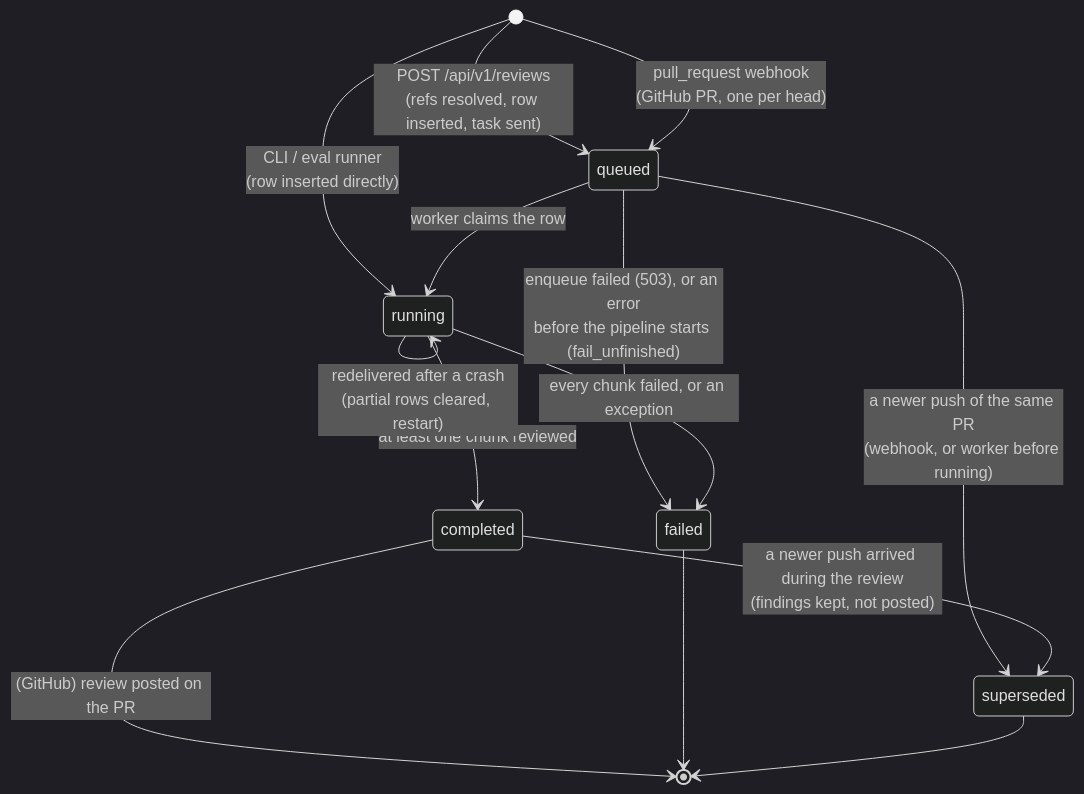
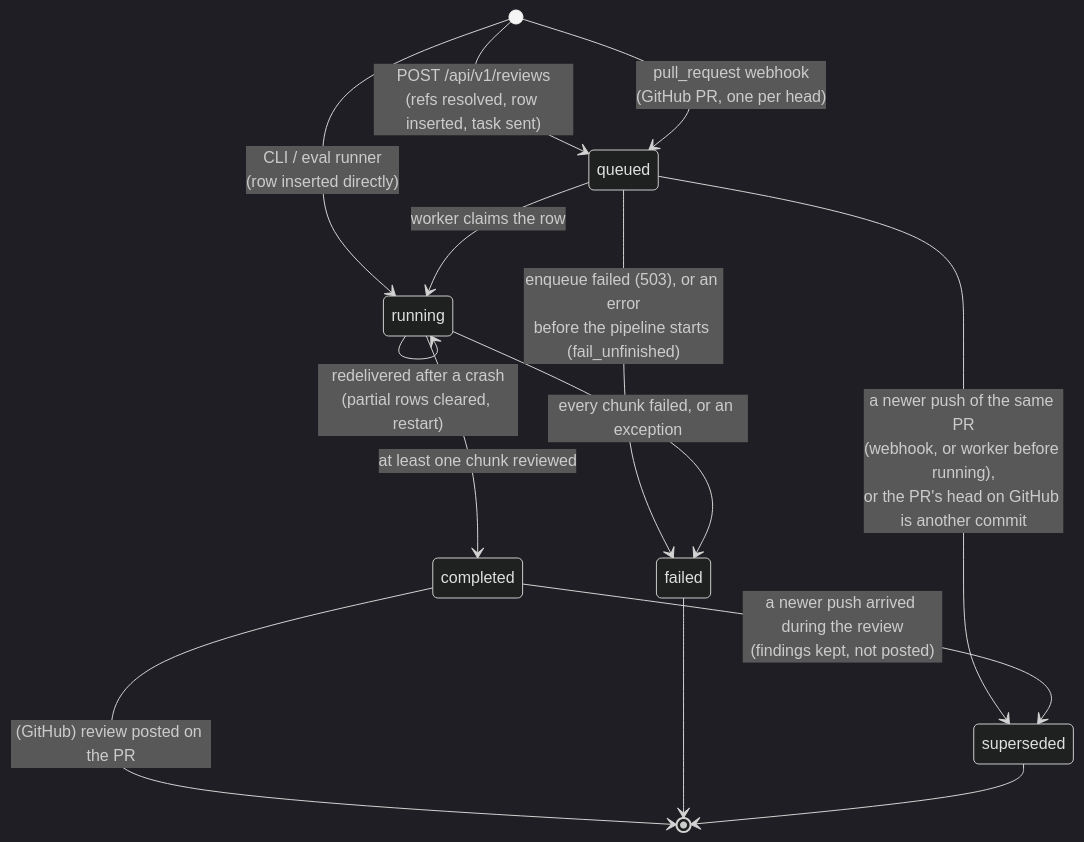
Before and after one commit to RAIF-KARANI/codelens: the sixth of 12 diagrams in architecture.md, drawn with Mermaid (dark theme). The commit also changed other lines of this file and 31 other files, not shown here.

````diff
--- a/architecture.md
+++ b/architecture.md
@@ -846,16 +847,16 @@
 ```mermaid
 stateDiagram-v2
     [*] --> queued: POST /api/v1/reviews<br/>(refs resolved, row inserted, task sent)
     [*] --> running: CLI / eval runner<br/>(row inserted directly)
     queued --> running: worker claims the row
     queued --> failed: enqueue failed (503), or an error<br/>before the pipeline starts (fail_unfinished)
     running --> completed: at least one chunk reviewed
     running --> failed: every chunk failed, or an exception
     running --> running: redelivered after a crash<br/>(partial rows cleared, restart)
     [*] --> queued: pull_request webhook<br/>(GitHub PR, one per head)
-    queued --> superseded: a newer push of the same PR<br/>(webhook, or worker before running)
+    queued --> superseded: a newer push of the same PR<br/>(webhook, or worker before running),<br/>or the PR's head on GitHub is another commit
     completed --> superseded: a newer push arrived during the review<br/>(findings kept, not posted)
     completed --> [*]: (GitHub) review posted on the PR
     failed --> [*]
     superseded --> [*]
 ```
````
